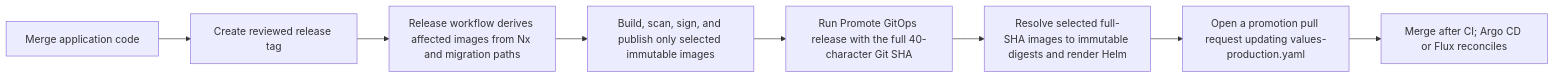
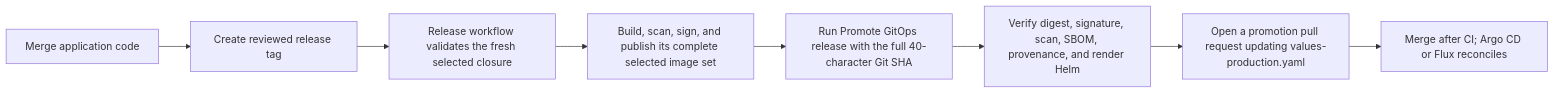
The diagram in GITOPS.md (nmime/dehqonhub), drawn with Mermaid before and after one commit. The commit also changed other lines of this file and 726 other files, not shown here.

````diff
--- a/GITOPS.md
+++ b/GITOPS.md
@@ -32,10 +32,10 @@
 ```mermaid
 flowchart LR
   merge[Merge application code] --> tag[Create reviewed release tag]
-  tag --> plan[Release workflow derives affected images from Nx and migration paths]
-  plan --> images[Build, scan, sign, and publish only selected immutable images]
+  tag --> plan[Release workflow validates the fresh selected closure]
+  plan --> images[Build, scan, sign, and publish its complete selected image set]
   images --> promote[Run Promote GitOps release with the full 40-character Git SHA]
-  promote --> verify[Resolve selected full-SHA images to immutable digests and render Helm]
+  promote --> verify[Verify digest, signature, scan, SBOM, provenance, and render Helm]
   verify --> pr[Open a promotion pull request updating values-production.yaml]
   pr --> reconcile[Merge after CI; Argo CD or Flux reconciles]
 ```
````
